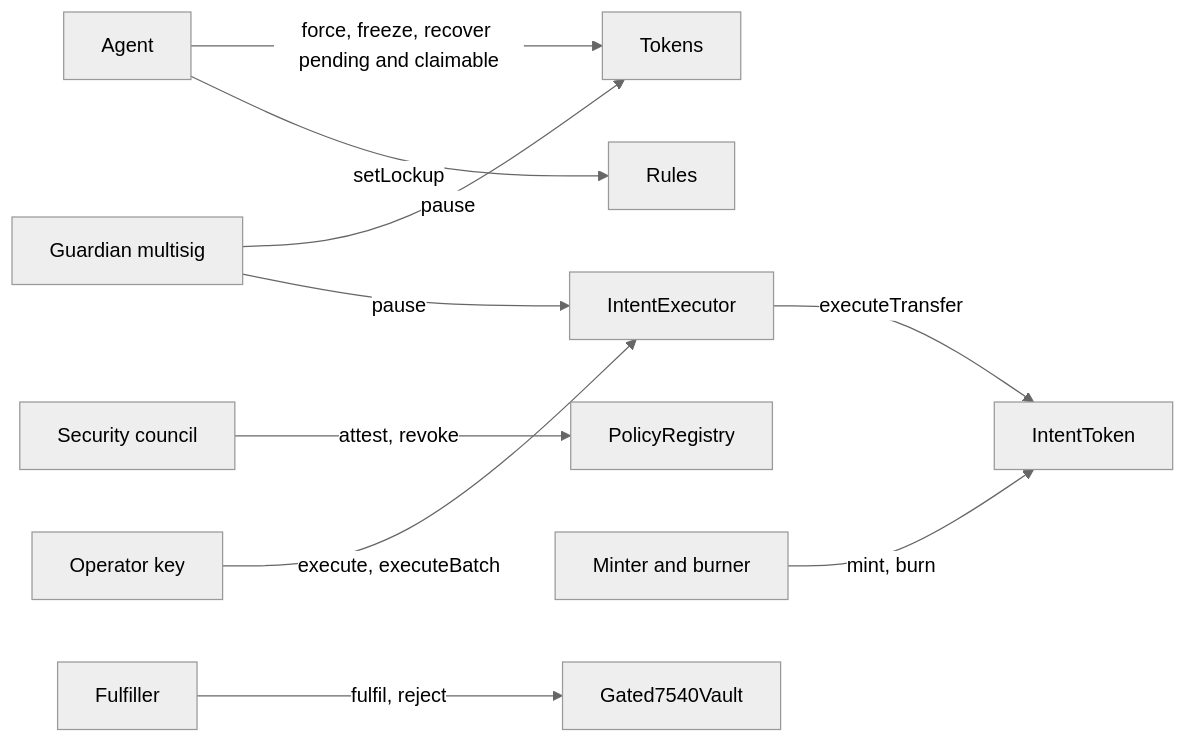
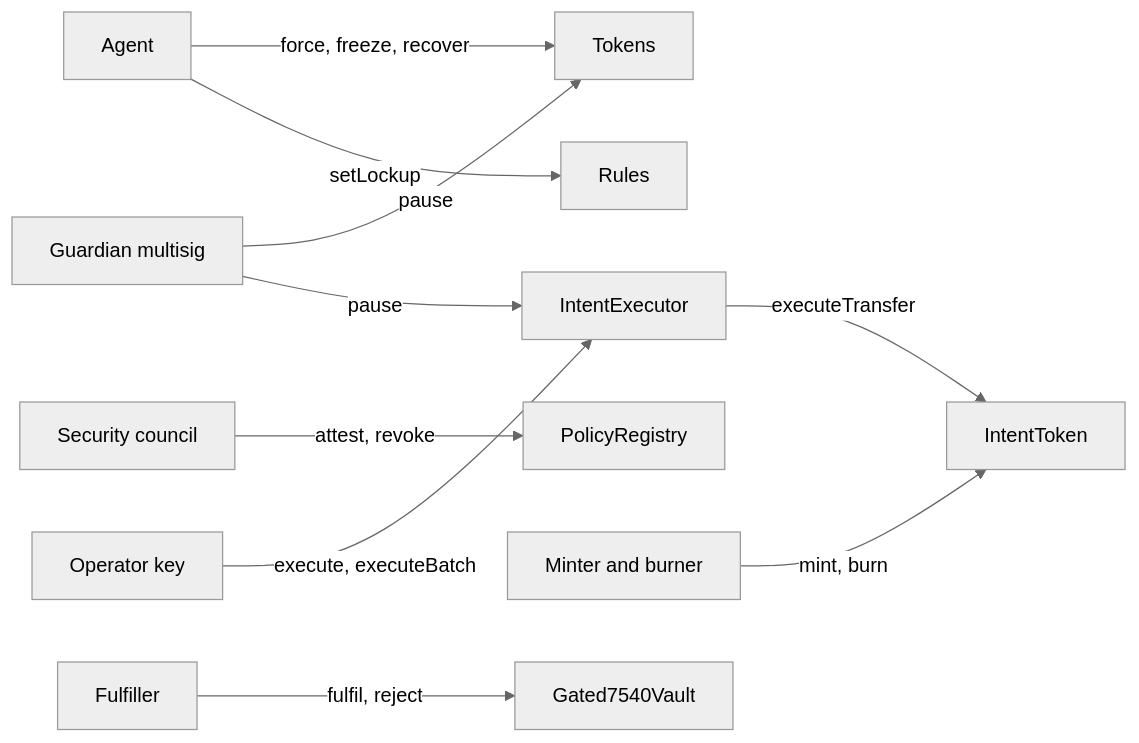
Before and after one commit to fepvenancio/rwa-token: the second of 2 diagrams in docs/roles.md, drawn with Mermaid (neutral theme). The commit also changed other lines of this file and 7 other files, not shown here.

````diff
--- a/docs/roles.md
+++ b/docs/roles.md
@@ -64,12 +74,12 @@
 ```mermaid
 flowchart LR
   Guard["Guardian multisig"] -->|"pause"| Tokens["Tokens"]
   Guard -->|"pause"| Exec["IntentExecutor"]
-  Agent["Agent"] -->|"force, freeze, recover pending and claimable"| Tokens
+  Agent["Agent"] -->|"force, freeze, recover"| Tokens
   Agent -->|"setLockup"| Rules["Rules"]
   Council["Security council"] -->|"attest, revoke"| Reg["PolicyRegistry"]
   Issuer["Minter and burner"] -->|"mint, burn"| IT["IntentToken"]
   Op["Operator key"] -->|"execute, executeBatch"| Exec
   Exec -->|"executeTransfer"| IT
   Bank["Fulfiller"] -->|"fulfil, reject"| V7["Gated7540Vault"]
 ```
````
